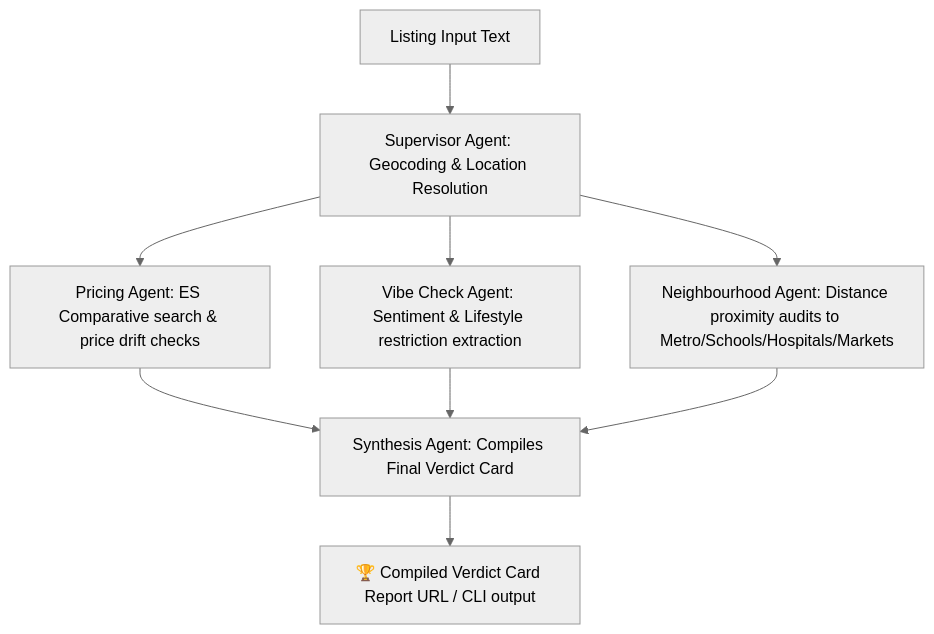
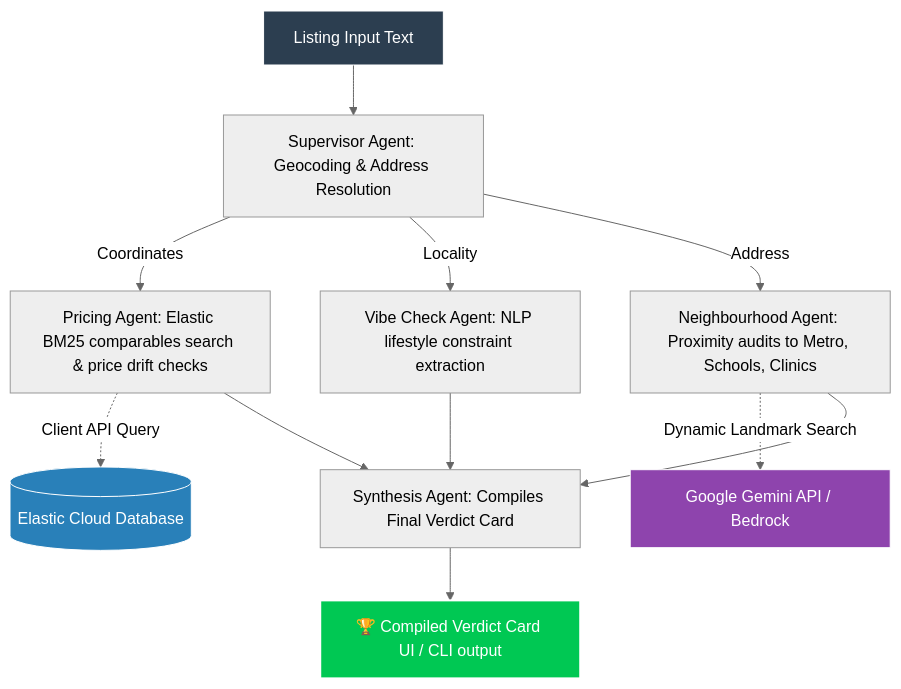
Before and after one commit to deepesh17feb/Rental-Truth-Teller: the diagram in README.md, drawn with Mermaid (neutral theme). The commit also changed other lines of this file and 75 other files, not shown here.

Commit message:
refactor: update architecture documentation, implement UI application, and prune debug assets and legacy configurations.

````diff
--- a/README.md
+++ b/README.md
@@ -68,13 +13,22 @@
 ```mermaid
 graph TD
-    START[Listing Input Text] --> Supervisor[Supervisor Agent: Geocoding & Location Resolution]
-    Supervisor --> Pricing[Pricing Agent: ES Comparative search & price drift checks]
-    Supervisor --> Vibe[Vibe Check Agent: Sentiment & Lifestyle restriction extraction]
-    Supervisor --> Neighbourhood[Neighbourhood Agent: Distance proximity audits to Metro/Schools/Hospitals/Markets]
+    START[Listing Input Text] --> Supervisor[Supervisor Agent: Geocoding & Address Resolution]
+    
+    Supervisor -->|Coordinates| Pricing[Pricing Agent: Elastic BM25 comparables search & price drift checks]
+    Supervisor -->|Locality| Vibe[Vibe Check Agent: NLP lifestyle constraint extraction]
+    Supervisor -->|Address| Neighbourhood[Neighbourhood Agent: Proximity audits to Metro, Schools, Clinics]
+    
+    Pricing -.->|Client API Query| Elasticsearch[(Elastic Cloud Database)]
+    Neighbourhood -.->|Dynamic Landmark Search| GeminiAPI[Google Gemini API / Bedrock]
     
     Pricing --> Synthesis[Synthesis Agent: Compiles Final Verdict Card]
     Vibe --> Synthesis
     Neighbourhood --> Synthesis
     
-    Synthesis --> END[🏆 Compiled Verdict Card Report URL / CLI output]
+    Synthesis --> END[🏆 Compiled Verdict Card UI / CLI output]
+    
+    style START fill:#2c3e50,stroke:#fff,stroke-width:1px,color:#fff
+    style END fill:#00c853,stroke:#fff,stroke-width:2px,color:#fff
+    style Elasticsearch fill:#2980b9,stroke:#fff,stroke-width:1px,color:#fff
+    style GeminiAPI fill:#8e44ad,stroke:#fff,stroke-width:1px,color:#fff
 ```
````
